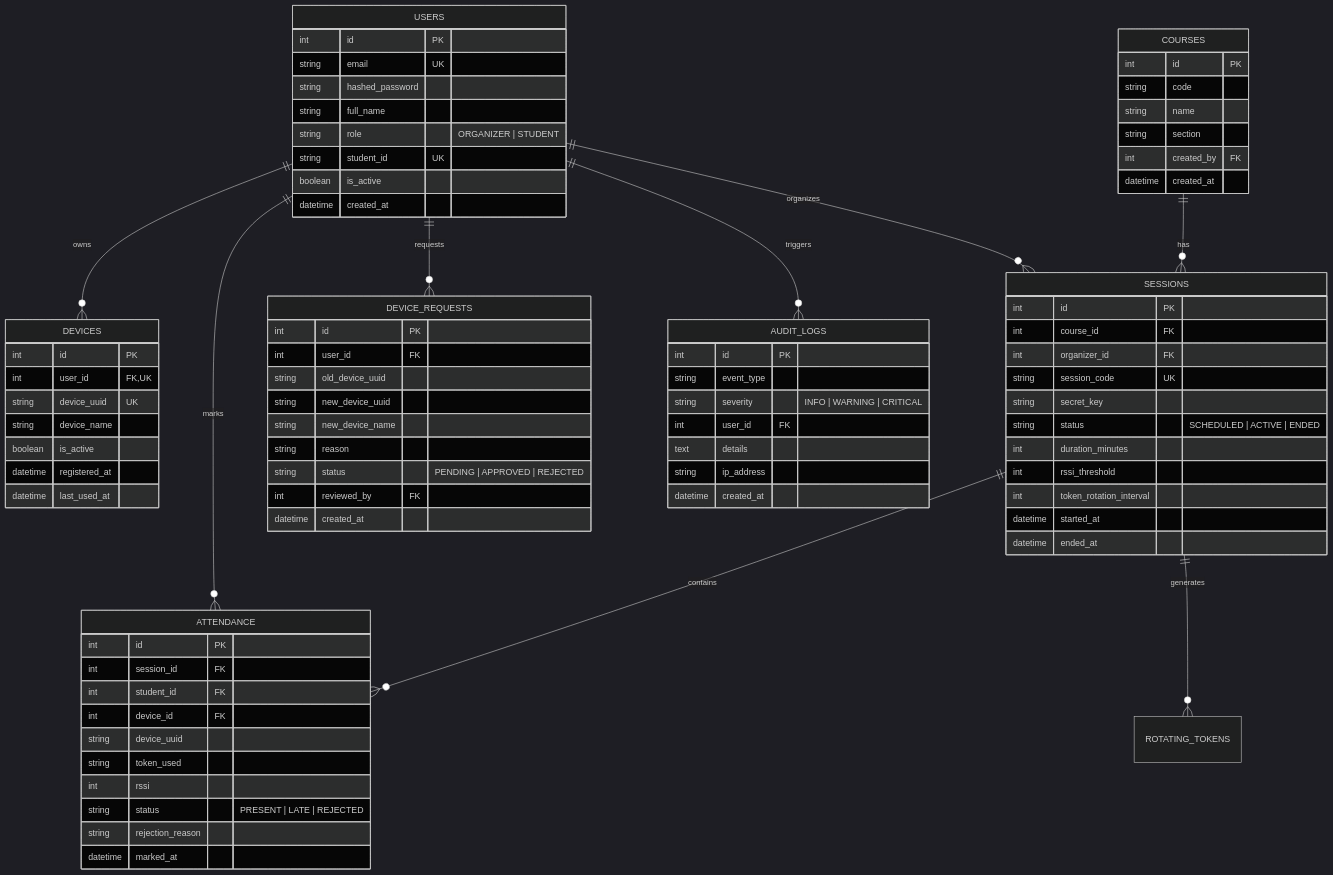
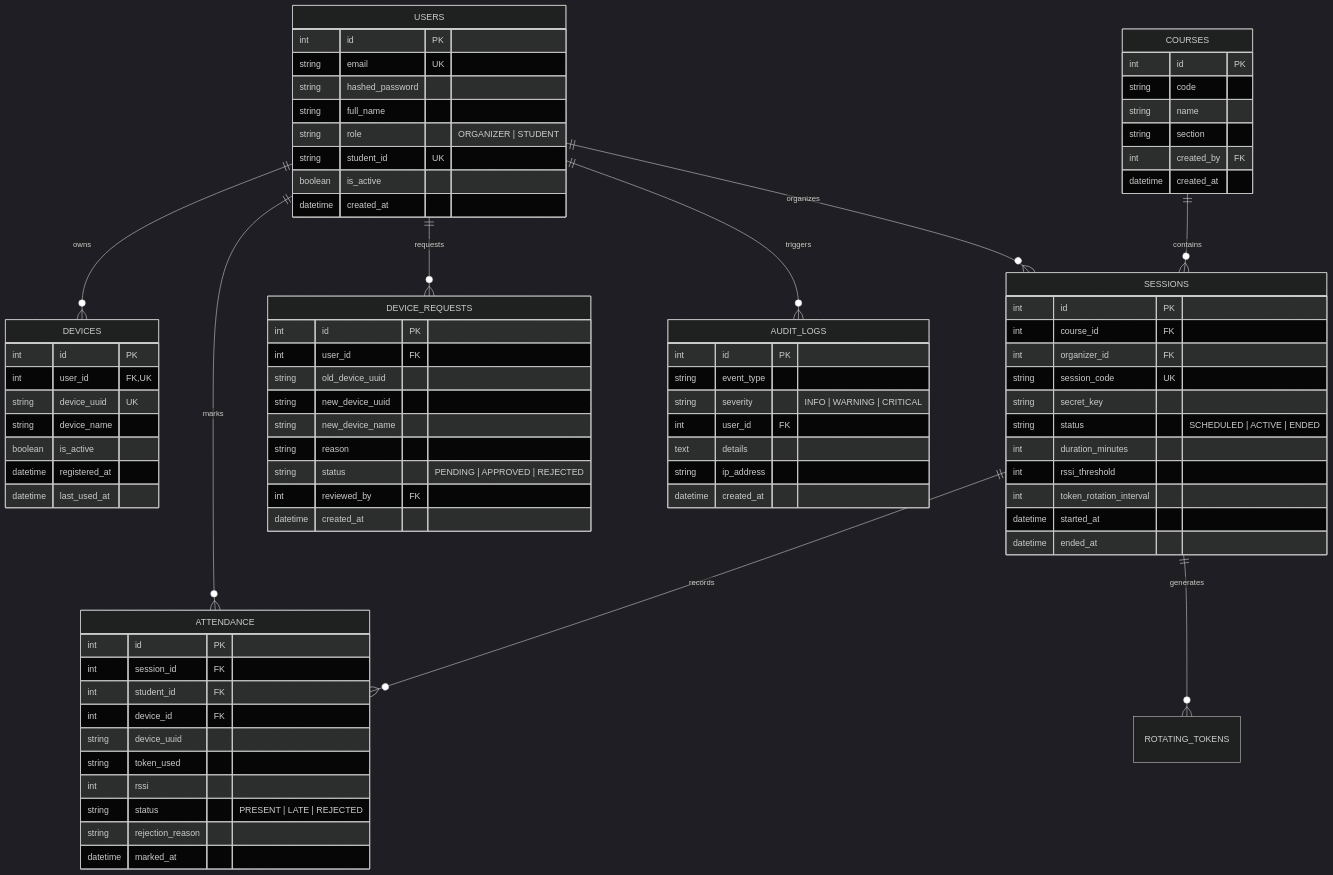
The third of 3 diagrams in README.md (Dhyanesh2603/ProxyProof), drawn with Mermaid (dark theme) before and after one commit. The commit also changed other lines of this file, not shown here.

```diff
--- a/README.md
+++ b/README.md
@@ -164,8 +311,8 @@
     USERS ||--o{ DEVICE_REQUESTS : requests
     USERS ||--o{ AUDIT_LOGS : triggers
 
-    COURSES ||--o{ SESSIONS : has
-    SESSIONS ||--o{ ATTENDANCE : contains
+    COURSES ||--o{ SESSIONS : contains
+    SESSIONS ||--o{ ATTENDANCE : records
     SESSIONS ||--o{ ROTATING_TOKENS : generates
 
     USERS {
```
